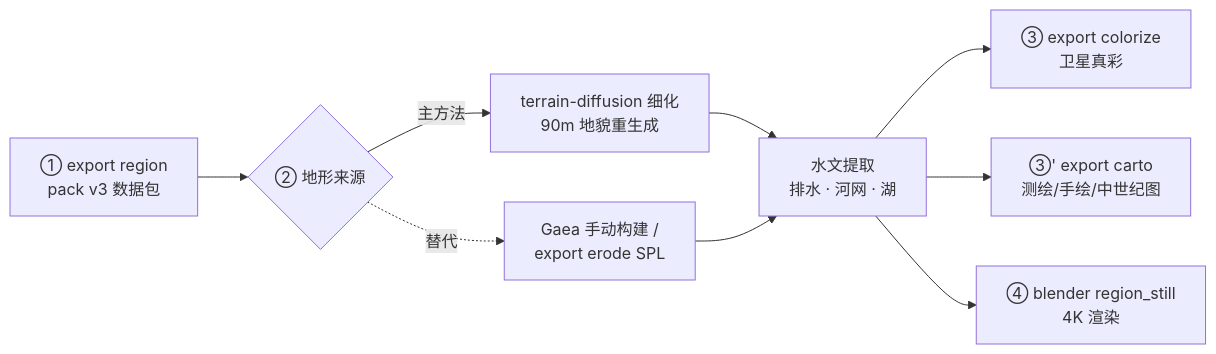
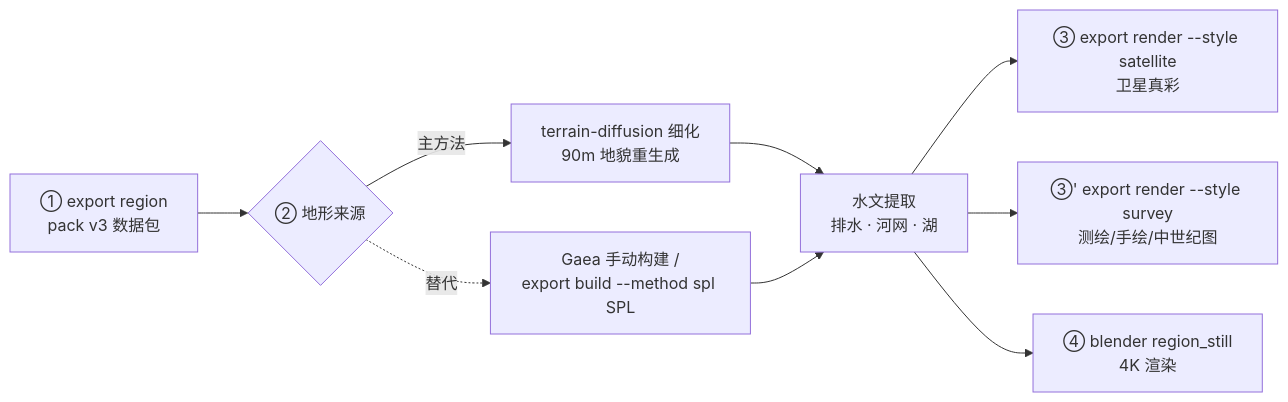
The diagram in docs/usage/terrain-chain.md (fyabc/dreamulator), drawn with Mermaid before and after one commit. The commit also changed other lines of this file and 10 other files, not shown here.

````diff
--- a/docs/usage/terrain-chain.md
+++ b/docs/usage/terrain-chain.md
@@ -46,11 +46,11 @@
 ```mermaid
 flowchart LR
     A[① export region<br/>pack v3 数据包] --> B{② 地形来源}
     B -->|主方法| C[terrain-diffusion 细化<br/>90m 地貌重生成]
-    B -.->|替代| D[Gaea 手动构建 /<br/>export erode SPL]
+    B -.->|替代| D[Gaea 手动构建 /<br/>export build --method spl SPL]
     C --> E[水文提取<br/>排水 · 河网 · 湖]
     D --> E
-    E --> F[③ export colorize<br/>卫星真彩]
-    E --> G[③' export carto<br/>测绘/手绘/中世纪图]
+    E --> F[③ export render --style satellite<br/>卫星真彩]
+    E --> G[③' export render --style survey<br/>测绘/手绘/中世纪图]
     E --> H[④ blender region_still<br/>4K 渲染]
 ```
````
